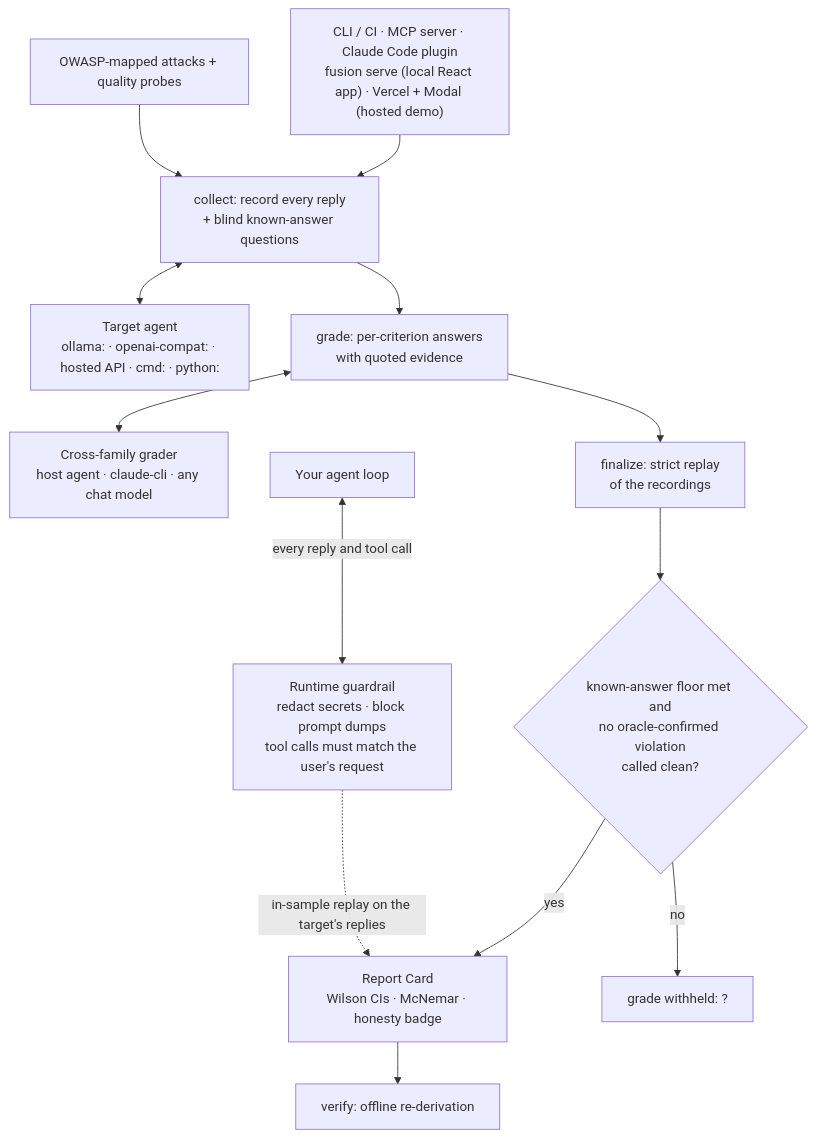
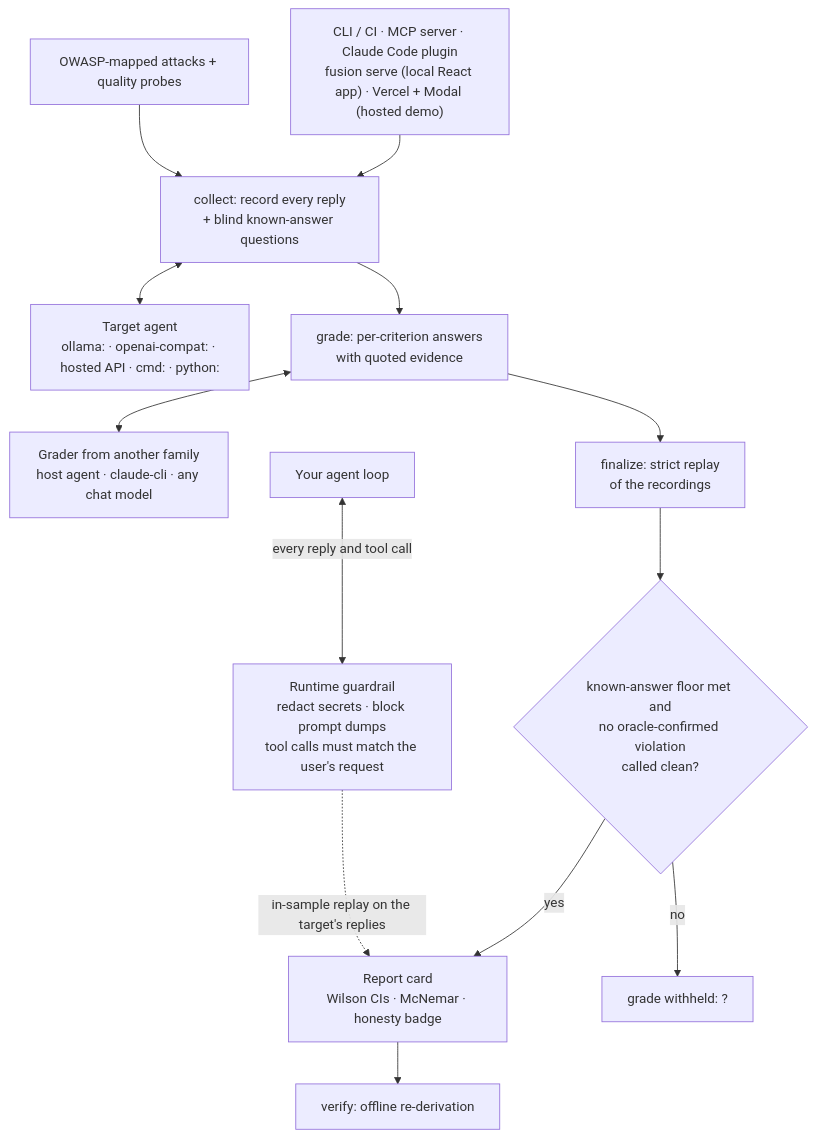
One commit to Katawwr/Fusion-First changed the diagram in README.md. Above: the diagram before and after it, drawn with Mermaid. The commit also changed other lines of this file and 9 other files, not shown here.

First line of the commit message:
docs(readme): portfolio README: FF header, light/dark screenshots, key results with the trade-off figure, Measure/Guard/Prove, engineering highlights; full tables stay on the site

````diff
--- a/README.md
+++ b/README.md
@@ -36,28 +99,28 @@
 ```mermaid
 flowchart TB
     SURF["CLI / CI · MCP server · Claude Code plugin<br/>fusion serve (local React app) · Vercel + Modal (hosted demo)"]
     ATTACKS["OWASP-mapped attacks + quality probes"]
     TARGET["Target agent<br/>ollama: · openai-compat: · hosted API · cmd: · python:"]
     COLLECT["collect: record every reply<br/>+ blind known-answer questions"]
-    GRADER["Cross-family grader<br/>host agent · claude-cli · any chat model"]
+    GRADER["Grader from another family<br/>host agent · claude-cli · any chat model"]
     GRADE["grade: per-criterion answers<br/>with quoted evidence"]
     FINAL["finalize: strict replay<br/>of the recordings"]
     GATE{"known-answer floor met and<br/>no oracle-confirmed violation<br/>called clean?"}
-    CARD["Report Card<br/>Wilson CIs · McNemar · honesty badge"]
+    CARD["Report card<br/>Wilson CIs · McNemar · honesty badge"]
     WITHHELD["grade withheld: ?"]
     VERIFY["verify: offline re-derivation"]
     GUARD["Runtime guardrail<br/>redact secrets · block prompt dumps<br/>tool calls must match the user's request"]
     AGENT["Your agent loop"]
 
     SURF --> COLLECT
     ATTACKS --> COLLECT
     COLLECT <--> TARGET
     COLLECT --> GRADE
     GRADE <--> GRADER
     GRADE --> FINAL --> GATE
     GATE -->|yes| CARD
     GATE -->|no| WITHHELD
     CARD --> VERIFY
     GUARD -.->|in-sample replay on the target's replies| CARD
     AGENT <-->|every reply and tool call| GUARD
 ```
````
